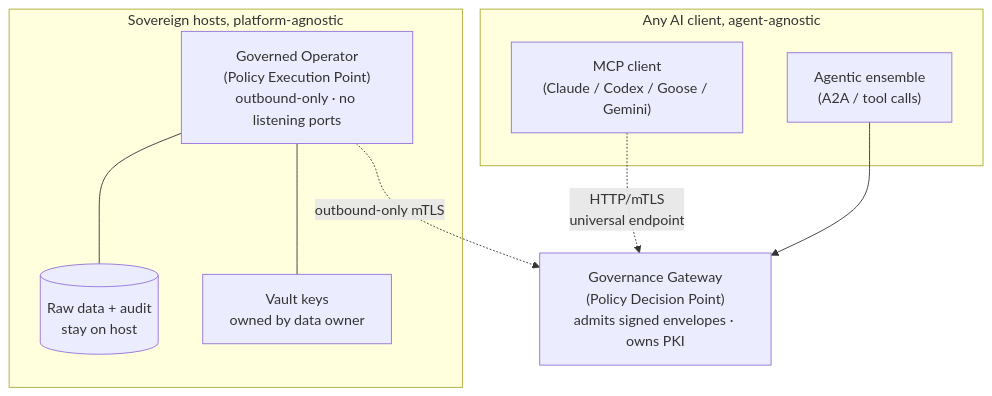
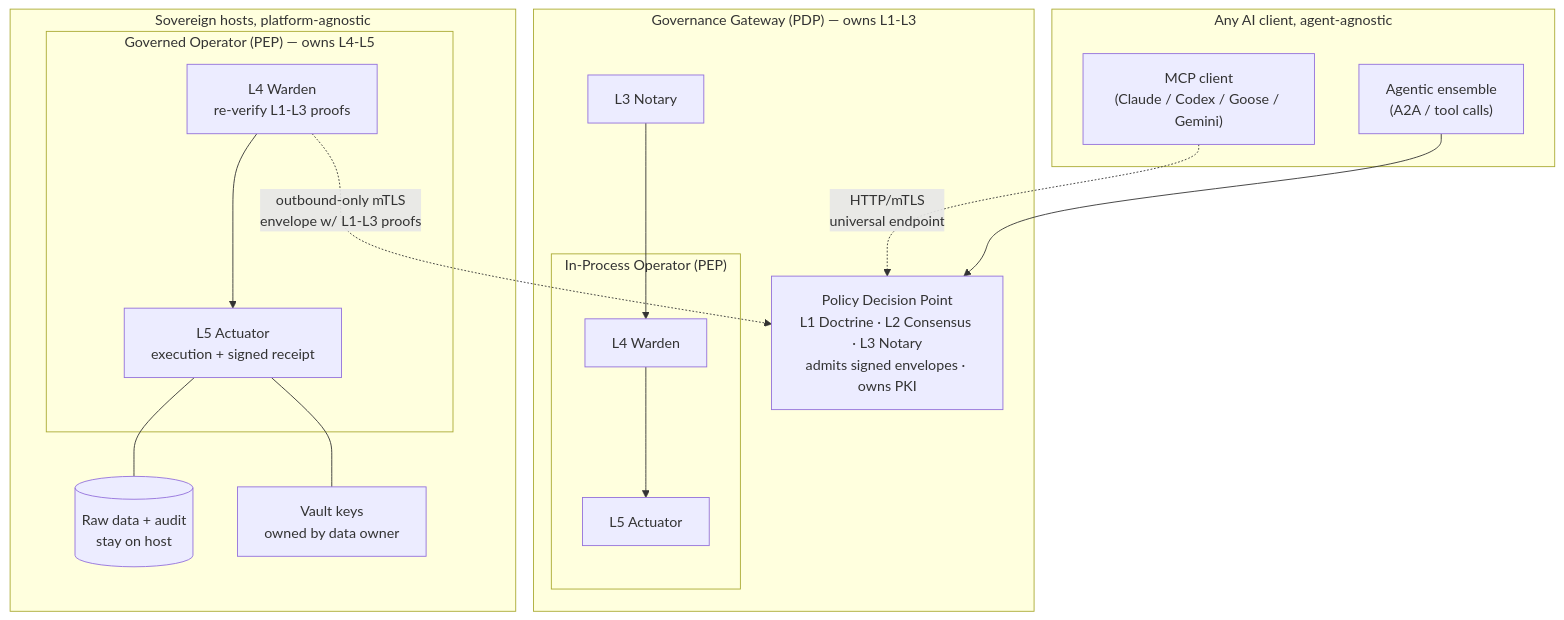
The first of 3 diagrams in README.md (g8e-ai/g8e), drawn with Mermaid before and after one commit. The commit also changed other lines of this file and 69 other files, not shown here.

````diff
--- a/README.md
+++ b/README.md
@@ -65,21 +65,33 @@
 ```mermaid
 graph TD
     subgraph Clients ["Any AI client, agent-agnostic"]
         C1["MCP client<br/>(Claude / Codex / Goose / Gemini)"]
         C2["Agentic ensemble<br/>(A2A / tool calls)"]
     end
 
-    GW["Governance Gateway<br/>(Policy Decision Point)<br/>admits signed envelopes · owns PKI"]
+    subgraph GW_Box ["Governance Gateway (PDP) — owns L1-L3"]
+        GW["Policy Decision Point<br/>L1 Doctrine · L2 Consensus · L3 Notary<br/>admits signed envelopes · owns PKI"]
+        subgraph GW_PEP ["In-Process Operator (PEP)"]
+            GW_L4["L4 Warden"]
+            GW_L5["L5 Actuator"]
+            GW_L4 --> GW_L5
+        end
+        L3["L3 Notary"] --> GW_L4
+    end
 
     subgraph Fleet ["Sovereign hosts, platform-agnostic"]
-        O1["Governed Operator<br/>(Policy Execution Point)<br/>outbound-only · no listening ports"]
+        subgraph O1_Box ["Governed Operator (PEP) — owns L4-L5"]
+            O1_L4["L4 Warden<br/>re-verify L1-L3 proofs"]
+            O1_L5["L5 Actuator<br/>execution + signed receipt"]
+            O1_L4 --> O1_L5
+        end
         D1[("Raw data + audit<br/>stay on host")]
         K1["Vault keys<br/>owned by data owner"]
-        O1 --- D1
-        O1 --- K1
+        O1_L5 --- D1
+        O1_L5 --- K1
     end
 
     C1 -. "HTTP/mTLS<br/>universal endpoint" .-> GW
     C2 --> GW
-    O1 -. "outbound-only mTLS" .-> GW
+    O1_L4 -. "outbound-only mTLS<br/>envelope w/ L1-L3 proofs" .-> GW
 ```
````
